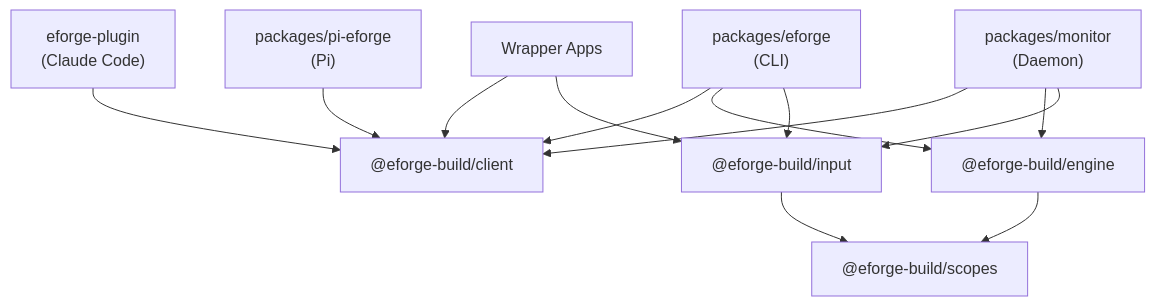
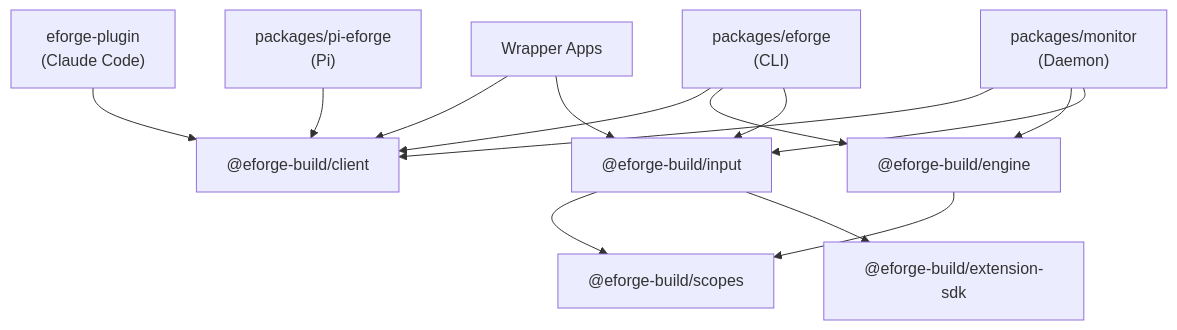
The second of 4 diagrams in docs/architecture.md (eforge-build/eforge), drawn with Mermaid before and after one commit. The commit also changed other lines of this file and 25 other files, not shown here.

````diff
--- a/docs/architecture.md
+++ b/docs/architecture.md
@@ -72,25 +72,27 @@
 ```mermaid
 flowchart TD
     wrappers["Wrapper Apps"]
     plugin["eforge-plugin\n(Claude Code)"]
     pi["packages/pi-eforge\n(Pi)"]
     cli["packages/eforge\n(CLI)"]
     monitor["packages/monitor\n(Daemon)"]
     client["@eforge-build/client"]
     input["@eforge-build/input"]
     engine["@eforge-build/engine"]
     scopes["@eforge-build/scopes"]
+    extensionSdk["@eforge-build/extension-sdk"]
 
     wrappers --> client
     wrappers --> input
     plugin --> client
     pi --> client
     cli --> client
     cli --> engine
     cli --> input
     monitor --> client
     monitor --> engine
     monitor --> input
     engine --> scopes
     input --> scopes
+    input --> extensionSdk
 ```
````
